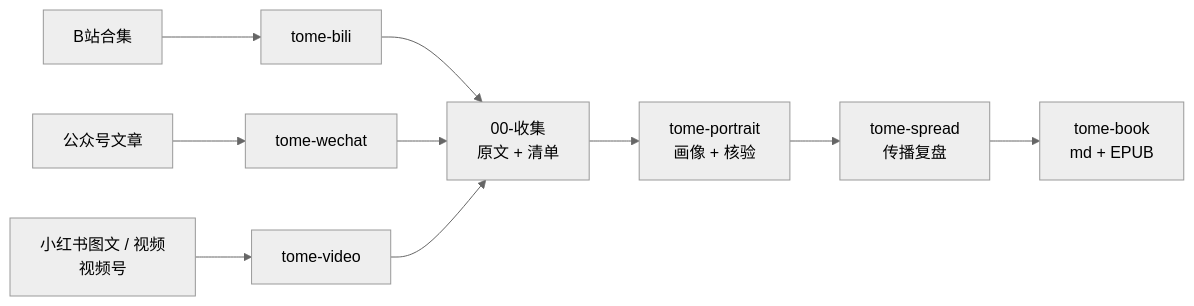
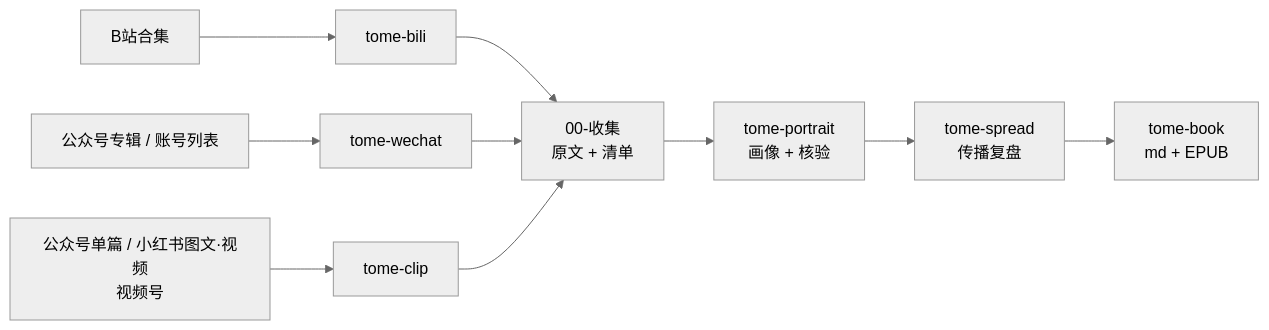
The diagram in README.md (ink110/tome), drawn with Mermaid (neutral theme) before and after one commit. The commit also changed other lines of this file and 16 other files, not shown here.

First line of the commit message:
Rename tome-video to tome-clip and add single-link router

````diff
--- a/README.md
+++ b/README.md
@@ -53,12 +53,12 @@
 ```mermaid
 flowchart LR
     A[B站合集] --> C[tome-bili]
-    B[公众号文章] --> D[tome-wechat]
-    V[小红书图文 / 视频<br/>视频号] --> W[tome-video]
+    B[公众号专辑 / 账号列表] --> D[tome-wechat]
+    V[公众号单篇 / 小红书图文·视频<br/>视频号] --> W[tome-clip]
     C --> E[00-收集<br/>原文 + 清单]
     D --> E
     W --> E
     E --> F[tome-portrait<br/>画像 + 核验]
     F --> G[tome-spread<br/>传播复盘]
     G --> H[tome-book<br/>md + EPUB]
 ```
````
